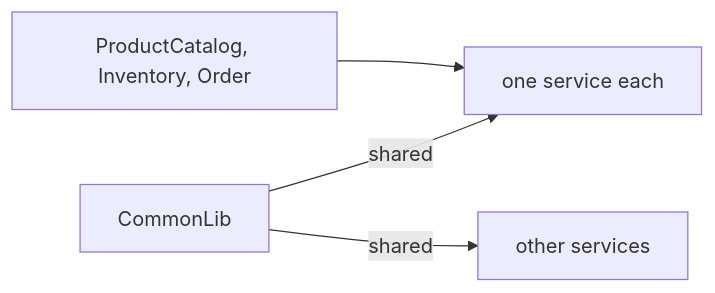
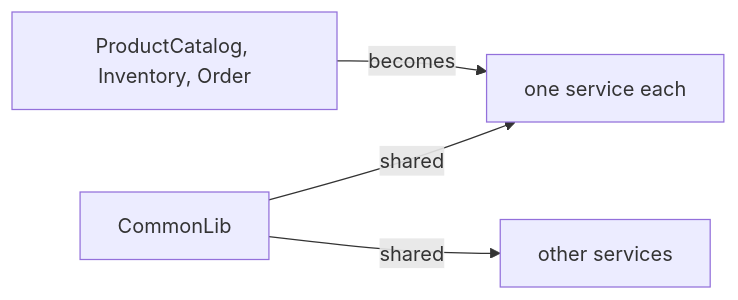
The tenth of 14 diagrams in docs/ch02-microservice-architecture.md (vinayakuber/microservices-io-study-guide), drawn with Mermaid before and after one commit. The commit also changed other lines of this file and 71 other files, not shown here.

First line of the commit message:
R18: label every diagram arrow with its meaning

````diff
--- a/docs/ch02-microservice-architecture.md
+++ b/docs/ch02-microservice-architecture.md
@@ -321,6 +321,6 @@
 ```mermaid
 flowchart LR
-  SUB["ProductCatalog, Inventory, Order"] --> SV["one service each"]
+  SUB["ProductCatalog, Inventory, Order"] -->|"becomes"| SV["one service each"]
   LIB["CommonLib"] -->|shared| SV
   LIB -->|shared| SV2["other services"]
 ```
````
